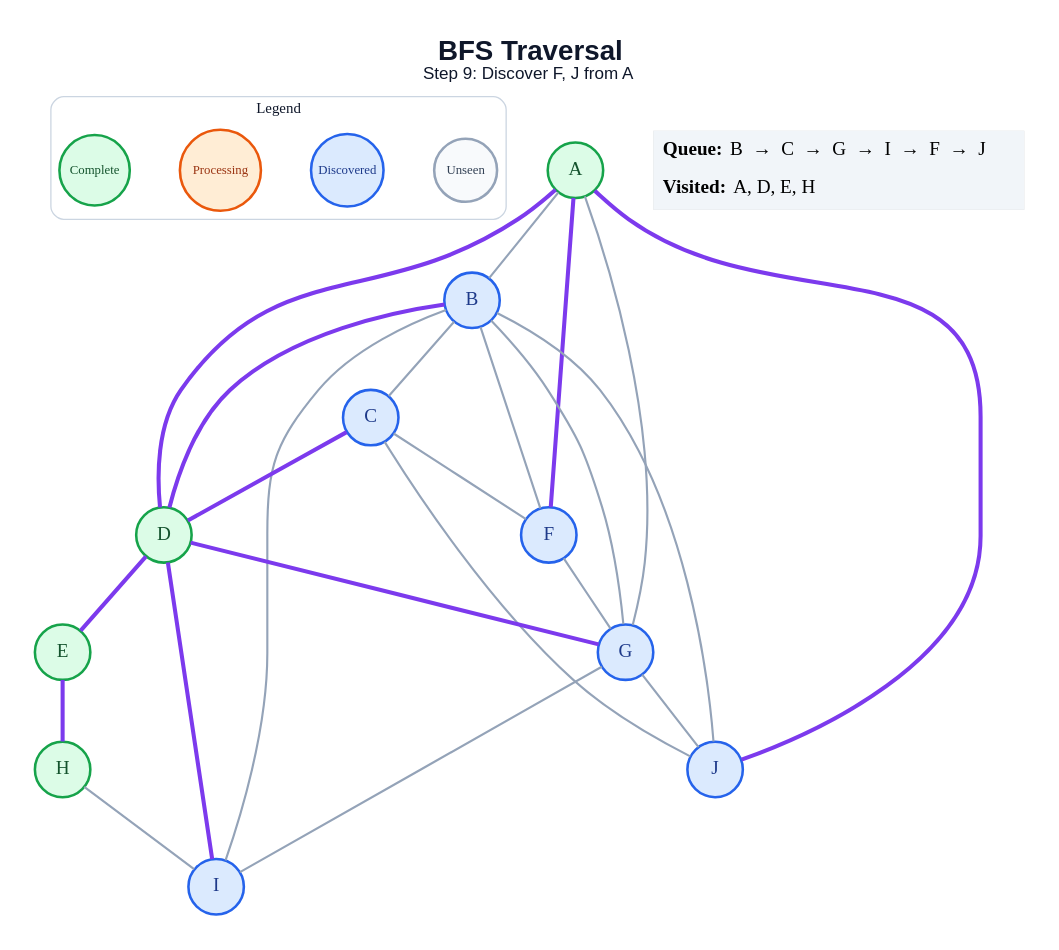
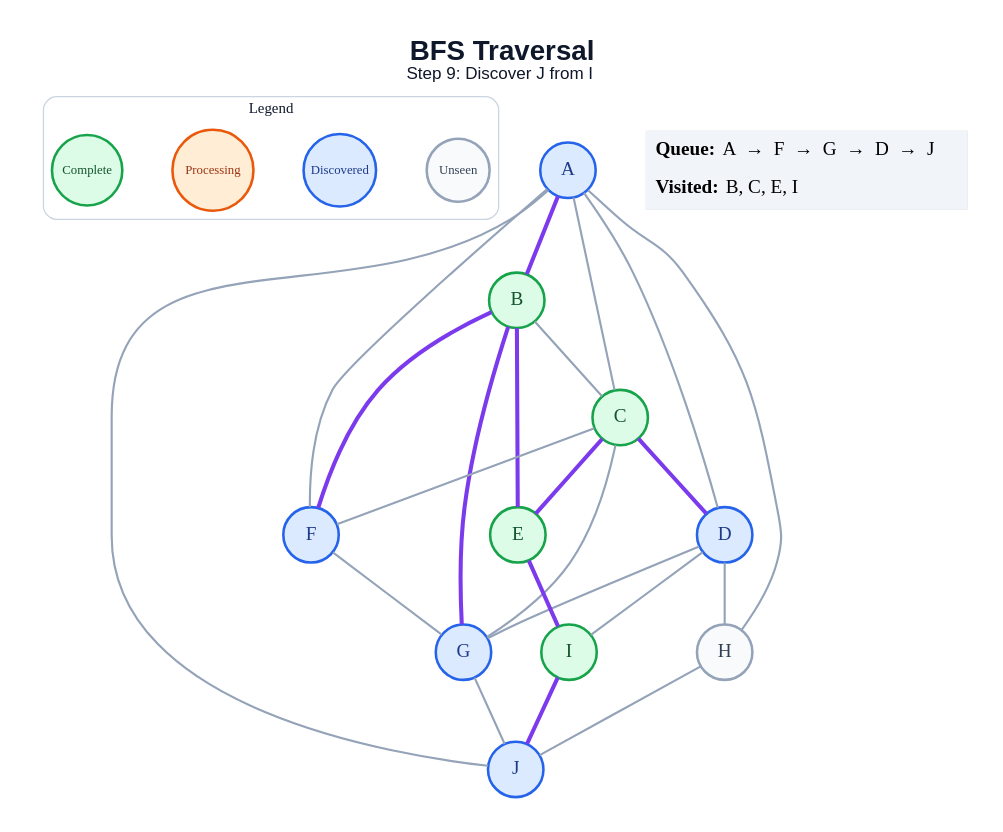
The diagram in generated/specific-node/bfs/step_09.dot (amanghodawala9/ai-slop), drawn with Graphviz before and after one commit. The commit also changed 178 other files, not shown here.

```diff
--- a/generated/specific-node/bfs/step_09.dot
+++ b/generated/specific-node/bfs/step_09.dot
@@ -1,51 +1,51 @@
 graph traversal {
   graph [layout=dot, rankdir=TB, bgcolor="#FFFFFF", pad="0.35", nodesep="0.65", ranksep="0.8", fontname="Arial"];
   node [shape=circle, style="filled", fontname="Arial Bold", fontsize=18, width=0.72, fixedsize=true, penwidth=2.4];
   edge [color="#94A3B8", penwidth=2.0];
-  label=<<B>BFS Traversal</B><BR/><FONT POINT-SIZE="16">Step 9: Discover F, J from A</FONT>>; labelloc="t"; fontsize=26; fontname="Arial"; fontcolor="#0F172A";
+  label=<<B>BFS Traversal</B><BR/><FONT POINT-SIZE="16">Step 9: Discover J from I</FONT>>; labelloc="t"; fontsize=26; fontname="Arial"; fontcolor="#0F172A";
   subgraph cluster_legend { label="Legend"; color="#CBD5E1"; penwidth=1.2; style="rounded"; fontsize=14; fontname="Arial Bold";
     key_unseen [label="Unseen", fillcolor="#F8FAFC", color="#94A3B8", fontcolor="#334155", fontsize=12, width=0.82];
     key_frontier [label="Discovered", fillcolor="#DBEAFE", color="#2563EB", fontcolor="#1E3A8A", fontsize=12, width=0.95];
     key_current [label="Processing", fillcolor="#FFEDD5", color="#EA580C", fontcolor="#9A3412", fontsize=12, width=1.05];
     key_done [label="Complete", fillcolor="#DCFCE7", color="#16A34A", fontcolor="#14532D", fontsize=12, width=0.92];
     { rank=same; key_unseen; key_frontier; key_current; key_done; }
   }
-  A [fillcolor="#DCFCE7", color="#16A34A", fontcolor="#14532D"];
-  B [fillcolor="#DBEAFE", color="#2563EB", fontcolor="#1E3A8A"];
-  C [fillcolor="#DBEAFE", color="#2563EB", fontcolor="#1E3A8A"];
-  D [fillcolor="#DCFCE7", color="#16A34A", fontcolor="#14532D"];
+  A [fillcolor="#DBEAFE", color="#2563EB", fontcolor="#1E3A8A"];
+  B [fillcolor="#DCFCE7", color="#16A34A", fontcolor="#14532D"];
+  C [fillcolor="#DCFCE7", color="#16A34A", fontcolor="#14532D"];
+  D [fillcolor="#DBEAFE", color="#2563EB", fontcolor="#1E3A8A"];
   E [fillcolor="#DCFCE7", color="#16A34A", fontcolor="#14532D"];
   F [fillcolor="#DBEAFE", color="#2563EB", fontcolor="#1E3A8A"];
   G [fillcolor="#DBEAFE", color="#2563EB", fontcolor="#1E3A8A"];
-  H [fillcolor="#DCFCE7", color="#16A34A", fontcolor="#14532D"];
-  I [fillcolor="#DBEAFE", color="#2563EB", fontcolor="#1E3A8A"];
+  H [fillcolor="#F8FAFC", color="#94A3B8", fontcolor="#334155"];
+  I [fillcolor="#DCFCE7", color="#16A34A", fontcolor="#14532D"];
   J [fillcolor="#DBEAFE", color="#2563EB", fontcolor="#1E3A8A"];
-  A -- B;
-  A -- D [color="#7C3AED", penwidth=3.8];
-  A -- F [color="#7C3AED", penwidth=3.8];
-  A -- G;
-  A -- J [color="#7C3AED", penwidth=3.8];
+  A -- B [color="#7C3AED", penwidth=3.8];
+  A -- C;
+  A -- D;
+  A -- F;
+  A -- H;
+  A -- J;
   B -- C;
-  B -- D [color="#7C3AED", penwidth=3.8];
-  B -- F;
-  B -- G;
-  B -- I;
-  B -- J;
+  B -- E [color="#7C3AED", penwidth=3.8];
+  B -- F [color="#7C3AED", penwidth=3.8];
+  B -- G [color="#7C3AED", penwidth=3.8];
   C -- D [color="#7C3AED", penwidth=3.8];
+  C -- E [color="#7C3AED", penwidth=3.8];
   C -- F;
-  C -- J;
-  D -- E [color="#7C3AED", penwidth=3.8];
-  D -- G [color="#7C3AED", penwidth=3.8];
-  D -- I [color="#7C3AED", penwidth=3.8];
-  E -- H [color="#7C3AED", penwidth=3.8];
+  C -- G;
+  D -- G;
+  D -- H;
+  D -- I;
+  E -- I [color="#7C3AED", penwidth=3.8];
   F -- G;
-  G -- I;
   G -- J;
-  H -- I;
+  H -- J;
+  I -- J [color="#7C3AED", penwidth=3.8];
   status [shape=plain, fixedsize=false, width=0, height=0, margin=0, label=<
     <TABLE BORDER="0" CELLBORDER="0" CELLPADDING="7" BGCOLOR="#F1F5F9">
-      <TR><TD ALIGN="LEFT"><B>Queue:</B> B  →  C  →  G  →  I  →  F  →  J</TD></TR>
-      <TR><TD ALIGN="LEFT"><B>Visited:</B> A, D, E, H</TD></TR>
+      <TR><TD ALIGN="LEFT"><B>Queue:</B> A  →  F  →  G  →  D  →  J</TD></TR>
+      <TR><TD ALIGN="LEFT"><B>Visited:</B> B, C, E, I</TD></TR>
     </TABLE>
   >];
 }
```
